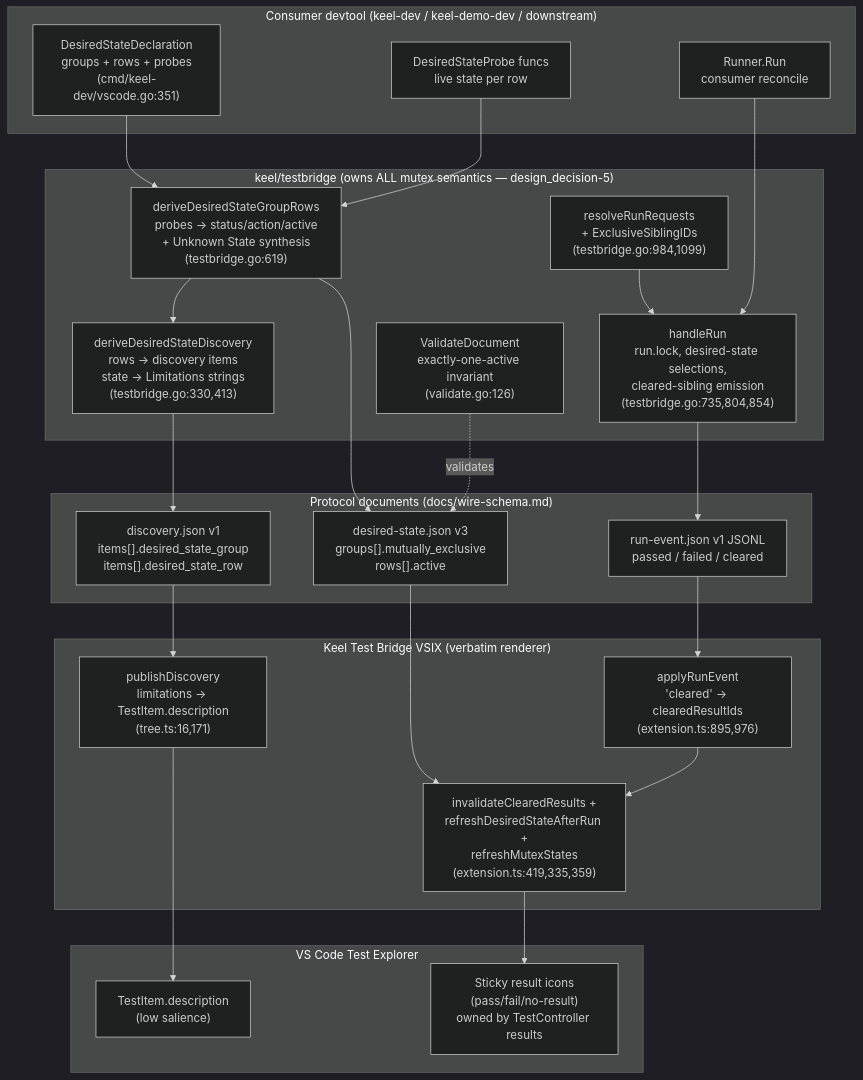
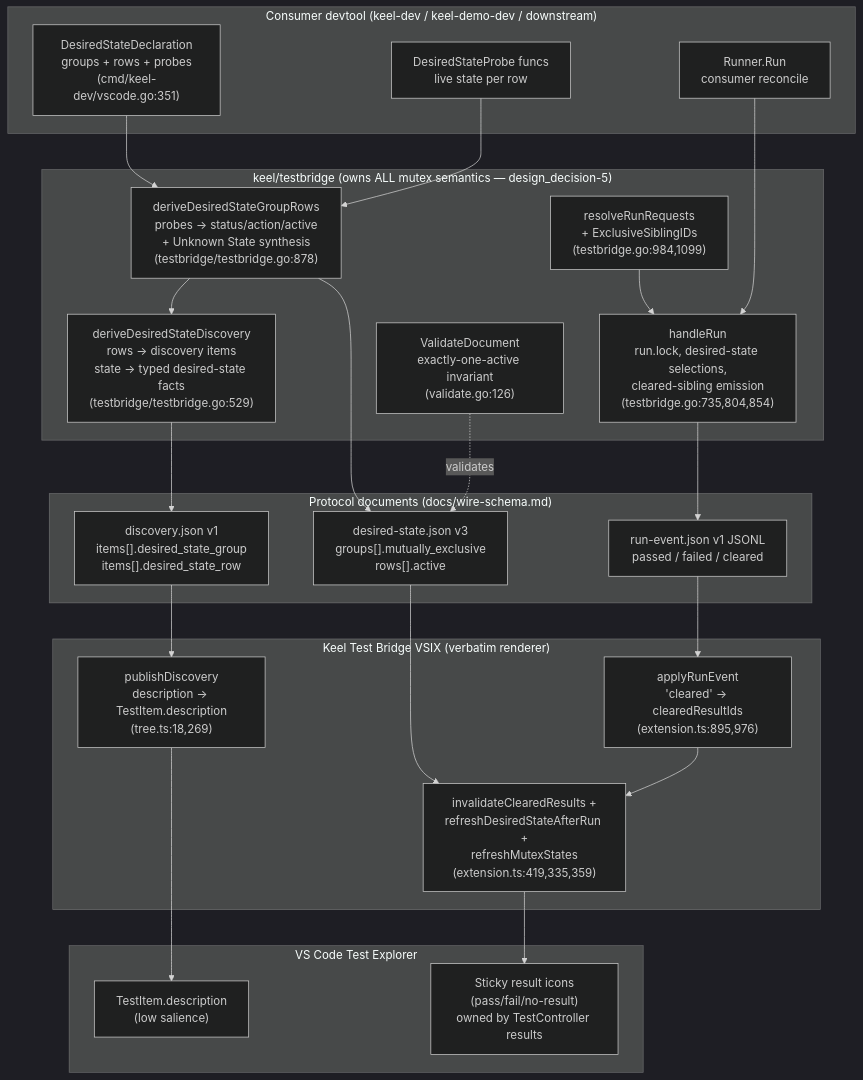
The first of 2 diagrams in docs/mutex/architecture.md (david-aggeler/keel), drawn with Mermaid (dark theme) before and after one commit. The commit also changed other lines of this file and 5 other files, not shown here.

````diff
--- a/docs/mutex/architecture.md
+++ b/docs/mutex/architecture.md
@@ -9,49 +9,49 @@
 ```mermaid
 flowchart TB
     subgraph consumer["Consumer devtool (keel-dev / keel-demo-dev / downstream)"]
         DECL["DesiredStateDeclaration<br/>groups + rows + probes<br/>(cmd/keel-dev/vscode.go:351)"]
         PROBE["DesiredStateProbe funcs<br/>live state per row"]
         RUNNER["Runner.Run<br/>consumer reconcile"]
     end
 
     subgraph bridge["keel/testbridge (owns ALL mutex semantics — design_decision-5)"]
-        DERIVE["deriveDesiredStateGroupRows<br/>probes → status/action/active<br/>+ Unknown State synthesis<br/>(testbridge.go:619)"]
-        DISC["deriveDesiredStateDiscovery<br/>rows → discovery items<br/>state → Limitations strings<br/>(testbridge.go:330,413)"]
+        DERIVE["deriveDesiredStateGroupRows<br/>probes → status/action/active<br/>+ Unknown State synthesis<br/>(testbridge/testbridge.go:878)"]
+        DISC["deriveDesiredStateDiscovery<br/>rows → discovery items<br/>state → typed desired-state facts<br/>(testbridge/testbridge.go:529)"]
         RESOLVE["resolveRunRequests<br/>+ ExclusiveSiblingIDs<br/>(testbridge.go:984,1099)"]
         RUNV["handleRun<br/>run.lock, desired-state selections,<br/>cleared-sibling emission<br/>(testbridge.go:735,804,854)"]
         VAL["ValidateDocument<br/>exactly-one-active invariant<br/>(validate.go:126)"]
     end
 
     subgraph wire["Protocol documents (docs/wire-schema.md)"]
         D1["discovery.json v1<br/>items[].desired_state_group<br/>items[].desired_state_row"]
         D2["desired-state.json v3<br/>groups[].mutually_exclusive<br/>rows[].active"]
         D3["run-event.json v1 JSONL<br/>passed / failed / cleared"]
     end
 
     subgraph vsix["Keel Test Bridge VSIX (verbatim renderer)"]
-        TREE["publishDiscovery<br/>limitations → TestItem.description<br/>(tree.ts:16,171)"]
+        TREE["publishDiscovery<br/>description → TestItem.description<br/>(tree.ts:18,269)"]
         APPLY["applyRunEvent<br/>'cleared' → clearedResultIds<br/>(extension.ts:895,976)"]
         RECON["invalidateClearedResults +<br/>refreshDesiredStateAfterRun +<br/>refreshMutexStates<br/>(extension.ts:419,335,359)"]
     end
 
     subgraph vscodeui["VS Code Test Explorer"]
         ICONS["Sticky result icons<br/>(pass/fail/no-result)<br/>owned by TestController results"]
         DESCR["TestItem.description<br/>(low salience)"]
     end
 
     DECL --> DERIVE
     PROBE --> DERIVE
     DERIVE --> DISC
     DERIVE --> D2
     DISC --> D1
     RESOLVE --> RUNV
     RUNNER --> RUNV
     RUNV --> D3
     VAL -.validates.-> D2
     D1 --> TREE
     D2 --> RECON
     D3 --> APPLY
     TREE --> DESCR
     APPLY --> RECON
     RECON --> ICONS
 ```
````
